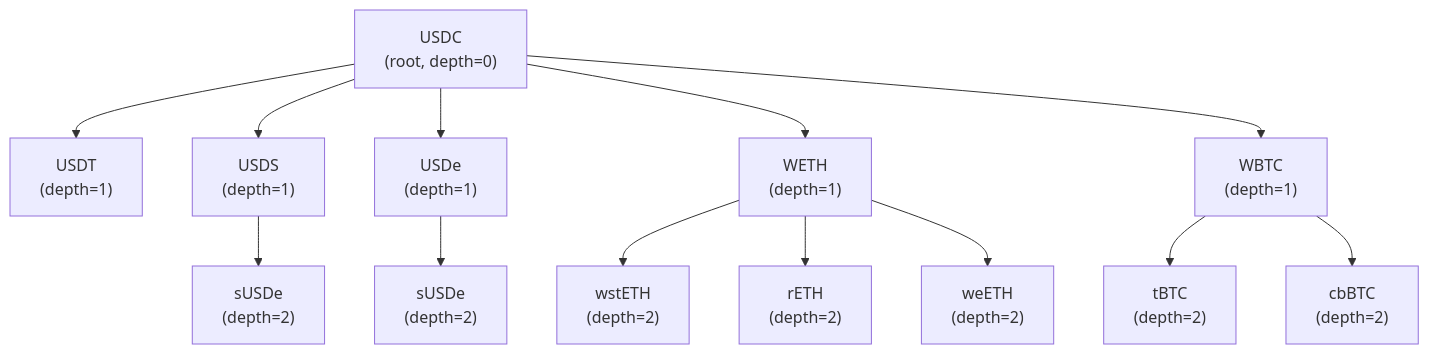
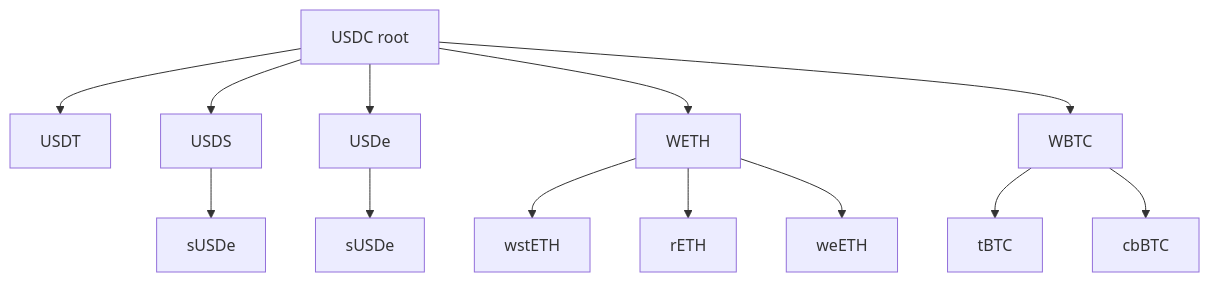
One commit to btr-protocol/dex changed the diagram in docs/1. AIMM/1.1. Pricing/1.1.3. Anchor Path Pricing.md. Above: the diagram before and after it, drawn with Mermaid. The commit also changed other lines of this file and 27 other files, not shown here.

````diff
--- a/docs/1. AIMM/1.1. Pricing/1.1.3. Anchor Path Pricing.md
+++ b/docs/1. AIMM/1.1. Pricing/1.1.3. Anchor Path Pricing.md
@@ -26,20 +26,16 @@
 ```mermaid
 graph TD
-    USDC["USDC<br/>(root, depth=0)"]
-
-    USDC --> USDT["USDT<br/>(depth=1)"]
-    USDC --> USDS["USDS<br/>(depth=1)"]
-    USDS --> SUSDS["sUSDe<br/>(depth=2)"]
-
-    USDC --> USDe["USDe<br/>(depth=1)"]
-    USDe --> sUSDe["sUSDe<br/>(depth=2)"]
-
-    USDC --> WETH["WETH<br/>(depth=1)"]
-    WETH --> wstETH["wstETH<br/>(depth=2)"]
-    WETH --> rETH["rETH<br/>(depth=2)"]
-    WETH --> weETH["weETH<br/>(depth=2)"]
-
-    USDC --> WBTC["WBTC<br/>(depth=1)"]
-    WBTC --> tBTC["tBTC<br/>(depth=2)"]
-    WBTC --> cbBTC["cbBTC<br/>(depth=2)"]
+    USDC[USDC root]
+    USDC --> USDT
+    USDC --> USDS
+    USDS --> SUSDS[sUSDe]
+    USDC --> USDe
+    USDe --> sUSDe
+    USDC --> WETH
+    WETH --> wstETH
+    WETH --> rETH
+    WETH --> weETH
+    USDC --> WBTC
+    WBTC --> tBTC
+    WBTC --> cbBTC
 ```
````
